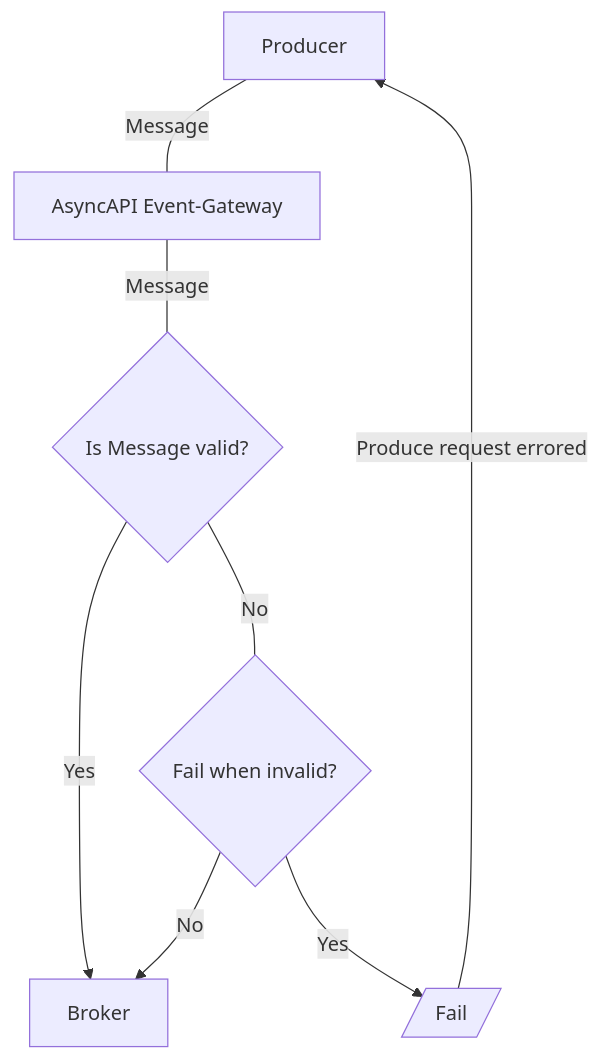
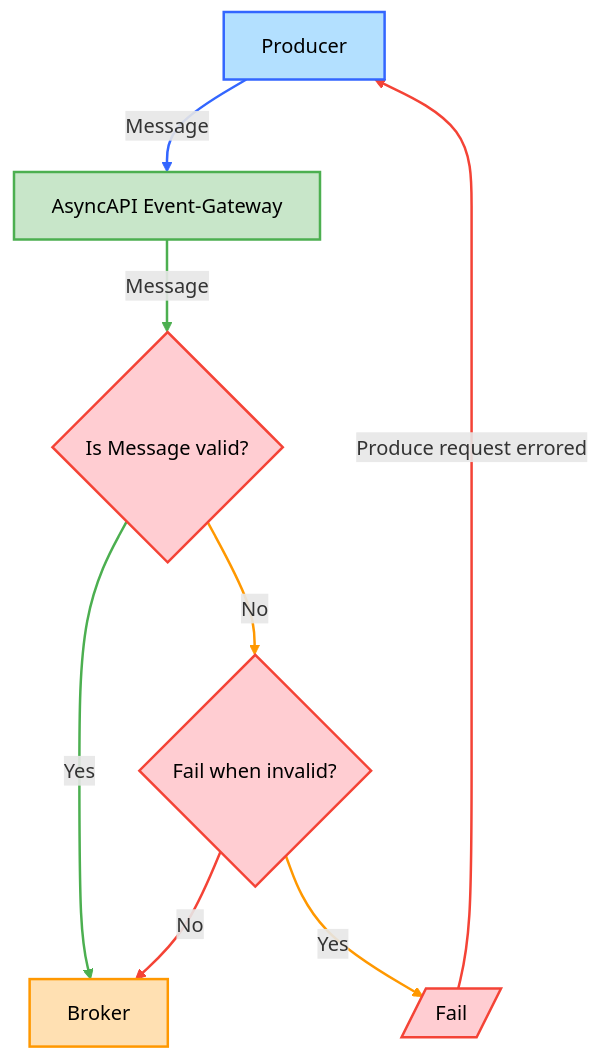
One commit to asyncapi/website changed the second of 3 diagrams in markdown/docs/guides/message-validation.md. Above: the diagram before and after it, drawn with Mermaid. The commit also changed other lines of this file, not shown here.

Commit message:
feat: enhance message validation diagram with colors and styled arrows

````diff
--- a/markdown/docs/guides/message-validation.md
+++ b/markdown/docs/guides/message-validation.md
@@ -55,9 +68,24 @@
 ```mermaid
 graph TD
-    PR[Producer]-- Message --- EG[AsyncAPI Event-Gateway]
-    EG -- Message --- EGV{Is Message valid?}
-    EGV -->|Yes| BR[Broker]
-    EGV --- |No| INV{Fail when invalid?}
-    INV -->|Yes| ERR[/Fail/] -- Produce request errored --> PR
-    INV -->|No| BR
+    PR[Producer]-- Message --> EG[AsyncAPI Event-Gateway]
+    EG -- Message --> EGV{Is Message valid?}
+    EGV -- Yes --> BR[Broker]
+    EGV -- No --> INV{Fail when invalid?}
+    INV -- Yes --> ERR[/Fail/] -- Produce request errored --> PR
+    INV -- No --> BR
+
+    style PR fill:#B3E0FF,stroke:#3366FF,stroke-width:2px,color:#000
+    style EG fill:#C8E6C9,stroke:#4CAF50,stroke-width:2px,color:#000
+    style BR fill:#FFE0B2,stroke:#FF9800,stroke-width:2px,color:#000
+    style EGV fill:#FFCDD2,stroke:#F44336,stroke-width:2px,color:#000
+    style INV fill:#FFCDD2,stroke:#F44336,stroke-width:2px,color:#000
+    style ERR fill:#FFCDD2,stroke:#F44336,stroke-width:2px,color:#000
+
+    linkStyle 0 stroke:#3366FF,stroke-width:2px
+    linkStyle 1 stroke:#4CAF50,stroke-width:2px
+    linkStyle 2 stroke:#4CAF50,stroke-width:2px
+    linkStyle 3 stroke:#FF9800,stroke-width:2px
+    linkStyle 4 stroke:#FF9800,stroke-width:2px
+    linkStyle 5 stroke:#F44336,stroke-width:2px
+    linkStyle 6 stroke:#F44336,stroke-width:2px
 ```
````
